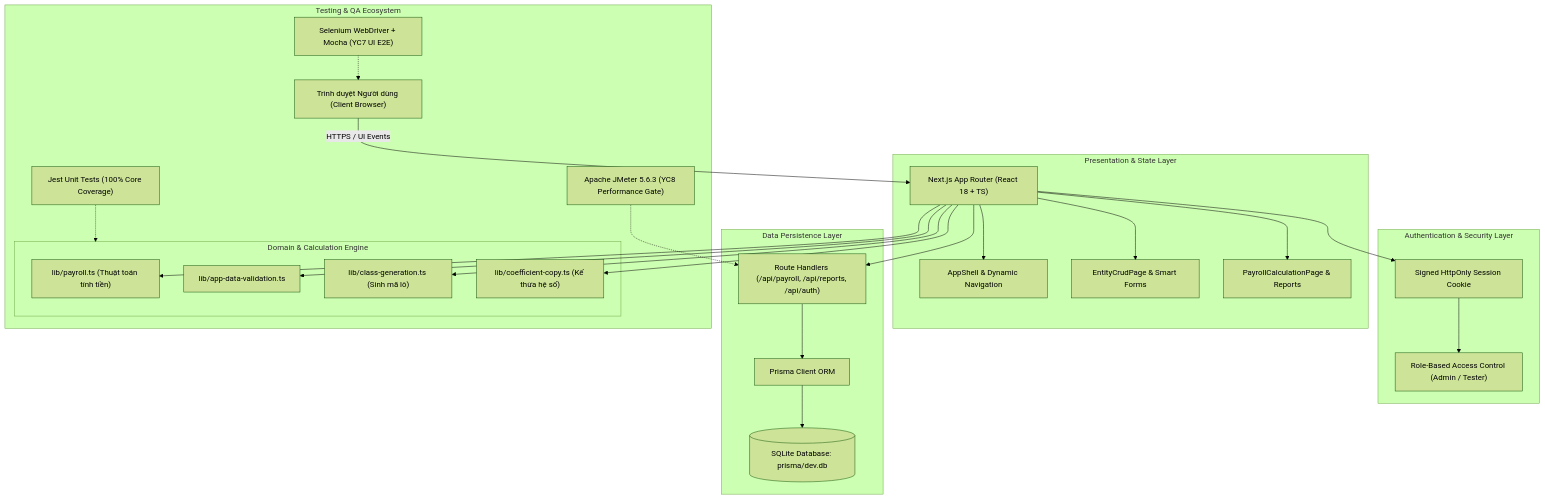
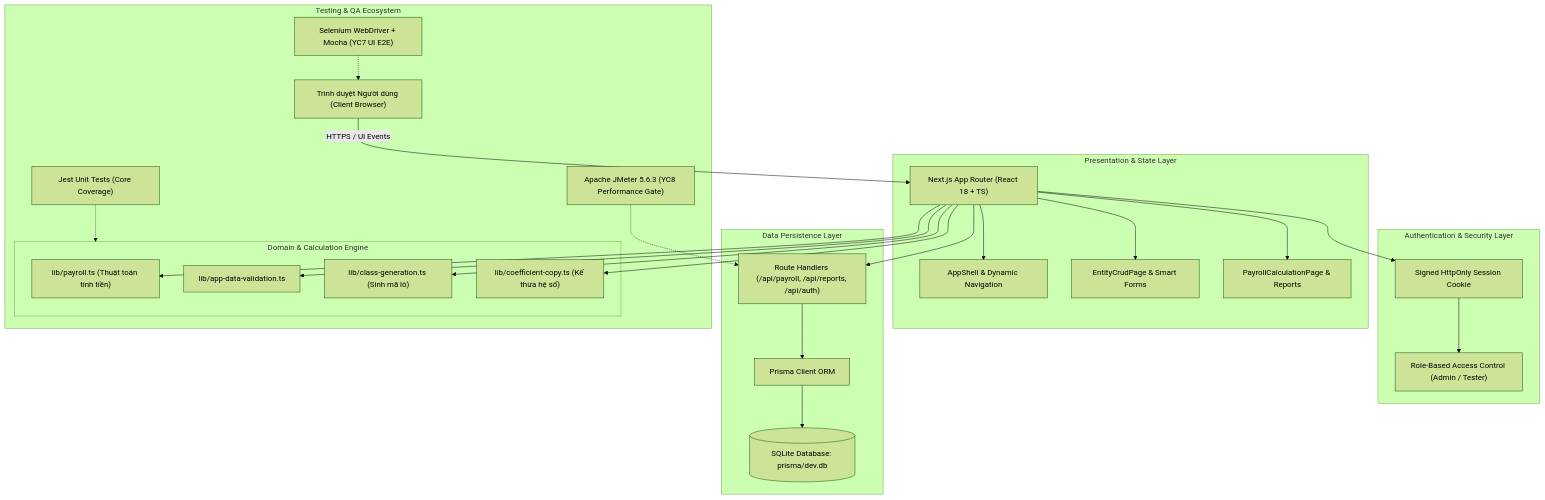
One commit to nguyentuanthien2384/software-testing-and-evaluation changed the diagram in README.md. Above: the diagram before and after it, drawn with Mermaid (forest theme). The commit also changed other lines of this file and 42 other files, not shown here.

````diff
--- a/README.md
+++ b/README.md
@@ -168,34 +168,34 @@
 ```mermaid
 graph TD
     Client["Trình duyệt Người dùng (Client Browser)"] -->|HTTPS / UI Events| NextApp["Next.js App Router (React 18 + TS)"]
     
     subgraph Frontend["Presentation & State Layer"]
         NextApp --> AppShell["AppShell & Dynamic Navigation"]
         NextApp --> CRUD["EntityCrudPage & Smart Forms"]
         NextApp --> CalcUI["PayrollCalculationPage & Reports"]
     end
 
     subgraph Security["Authentication & Security Layer"]
         NextApp --> AuthCookie["Signed HttpOnly Session Cookie"]
         AuthCookie --> RoleGate["Role-Based Access Control (Admin / Tester)"]
     end
 
     subgraph Business["Domain & Calculation Engine"]
         NextApp --> PayrollEngine["lib/payroll.ts (Thuật toán tính tiền)"]
         NextApp --> ValidationEngine["lib/app-data-validation.ts"]
         NextApp --> BatchGen["lib/class-generation.ts (Sinh mã lô)"]
         NextApp --> CopyCoeff["lib/coefficient-copy.ts (Kế thừa hệ số)"]
     end
 
     subgraph DataAccess["Data Persistence Layer"]
         NextApp --> API["Route Handlers (/api/payroll, /api/reports, /api/auth)"]
         API --> Prisma["Prisma Client ORM"]
         Prisma --> SQLite[("SQLite Database: prisma/dev.db")]
     end
 
     subgraph QualityAssurance["Testing & QA Ecosystem"]
-        Jest["Jest Unit Tests (100% Core Coverage)"] -.-> Business
+        Jest["Jest Unit Tests (Core Coverage)"] -.-> Business
         Selenium["Selenium WebDriver + Mocha (YC7 UI E2E)"] -.-> Client
         JMeter["Apache JMeter 5.6.3 (YC8 Performance Gate)"] -.-> API
     end
 ```
````
